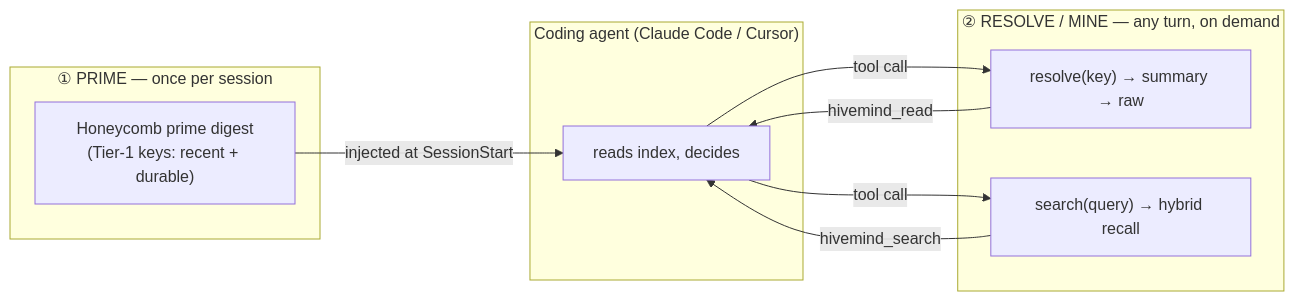
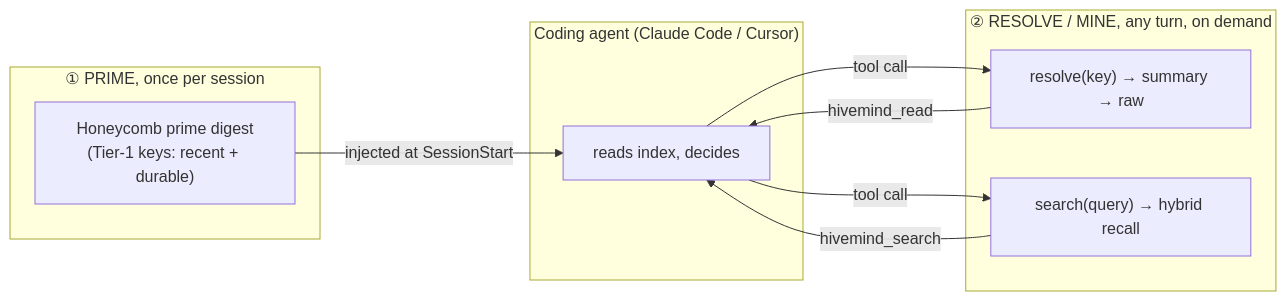
The first of 2 diagrams in library/knowledge/private/ai/session-priming-architecture.md (legioncodeinc/honeycomb), drawn with Mermaid before and after one commit. The commit also changed other lines of this file and 24 other files, not shown here.

````diff
--- a/library/knowledge/private/ai/session-priming-architecture.md
+++ b/library/knowledge/private/ai/session-priming-architecture.md
@@ -38,18 +40,18 @@
 ```mermaid
 flowchart LR
-    subgraph Push["① PRIME — once per session"]
+    subgraph Push["① PRIME, once per session"]
         H["Honeycomb prime digest<br/>(Tier-1 keys: recent + durable)"]
     end
     subgraph Agent["Coding agent (Claude Code / Cursor)"]
         C["reads index, decides"]
     end
-    subgraph Pull["② RESOLVE / MINE — any turn, on demand"]
+    subgraph Pull["② RESOLVE / MINE, any turn, on demand"]
         T1["resolve(key) → summary → raw"]
         T2["search(query) → hybrid recall"]
     end
     H -->|"injected at SessionStart"| C
     C -->|"tool call"| T1
     C -->|"tool call"| T2
     T1 -->|"hivemind_read"| C
     T2 -->|"hivemind_search"| C
 ```
````
